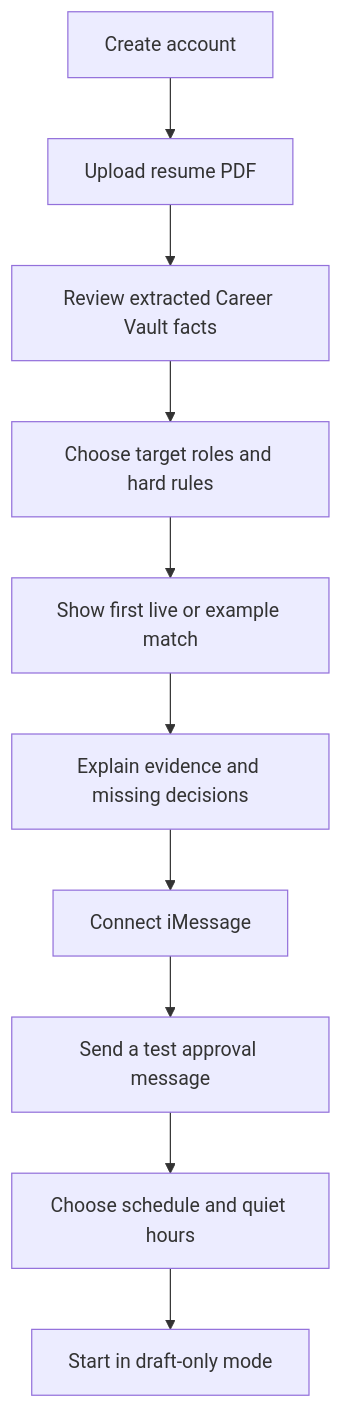
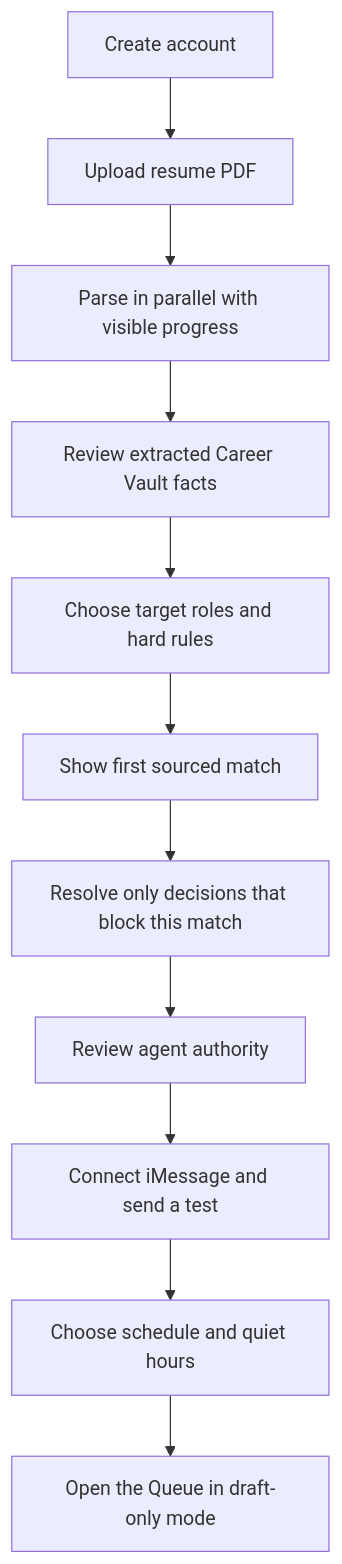
One commit to zackrichland/roledawn changed the diagram in docs/product/onboarding-and-messaging.md. Above: the diagram before and after it, drawn with Mermaid. The commit also changed other lines of this file and 122 other files, not shown here.

````diff
--- a/docs/product/onboarding-and-messaging.md
+++ b/docs/product/onboarding-and-messaging.md
@@ -17,12 +19,13 @@
 ```mermaid
 flowchart TD
     A["Create account"] --> B["Upload resume PDF"]
-    B --> C["Review extracted Career Vault facts"]
-    C --> D["Choose target roles and hard rules"]
-    D --> E["Show first live or example match"]
-    E --> F["Explain evidence and missing decisions"]
-    F --> G["Connect iMessage"]
-    G --> H["Send a test approval message"]
-    H --> I["Choose schedule and quiet hours"]
-    I --> J["Start in draft-only mode"]
+    B --> C["Parse in parallel with visible progress"]
+    C --> D["Review extracted Career Vault facts"]
+    D --> E["Choose target roles and hard rules"]
+    E --> F["Show first sourced match"]
+    F --> G["Resolve only decisions that block this match"]
+    G --> H["Review agent authority"]
+    H --> I["Connect iMessage and send a test"]
+    I --> J["Choose schedule and quiet hours"]
+    J --> K["Open the Queue in draft-only mode"]
 ```
````
